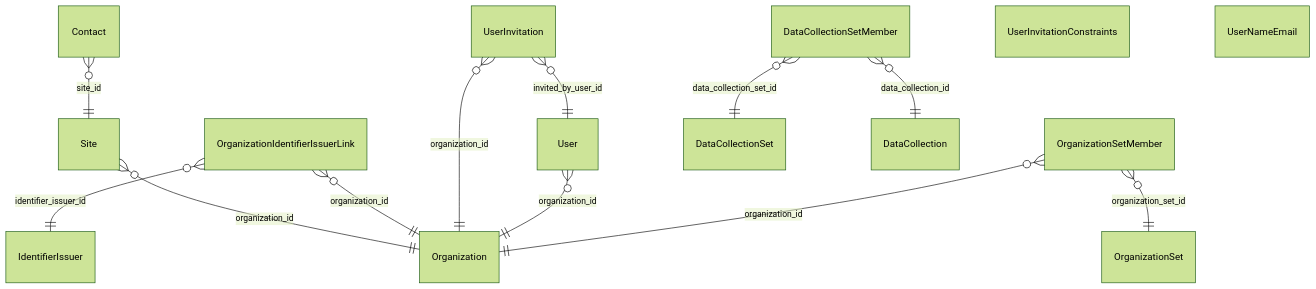
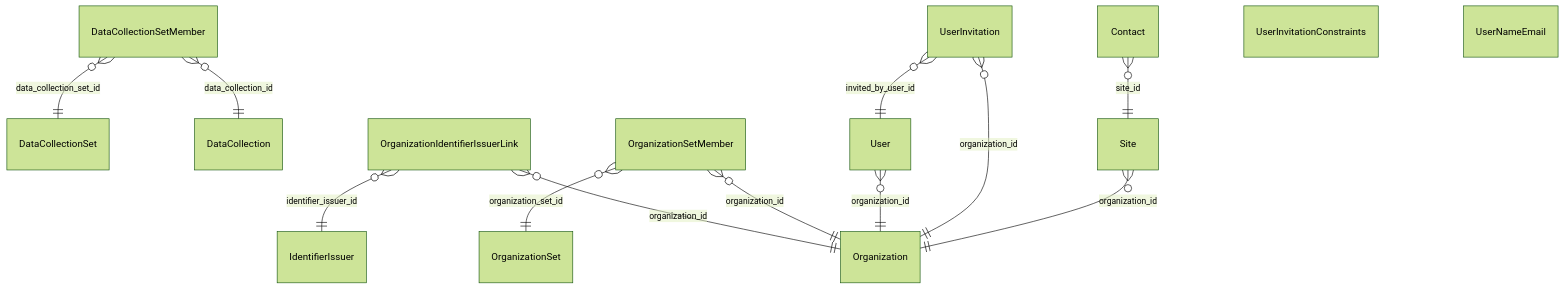
Before and after one commit to RIVM-bioinformatics/gen-epix-api: the diagram in docs/erm/casedb.organization.md, drawn with Mermaid (forest theme). The commit also changed other lines of this file and 58 other files, not shown here.

````diff
--- a/docs/erm/casedb.organization.md
+++ b/docs/erm/casedb.organization.md
@@ -5,24 +5,24 @@
 ```mermaid
 erDiagram
     %% casedb / ORGANIZATION (simplified)
 
     %% Relationships
-    Site }o--|| Organization : "organization_id"
-    Contact }o--|| Site : "site_id"
+    DataCollectionSetMember }o--|| DataCollectionSet : "data_collection_set_id"
+    DataCollectionSetMember }o--|| DataCollection : "data_collection_id"
     OrganizationIdentifierIssuerLink }o--|| Organization : "organization_id"
     OrganizationIdentifierIssuerLink }o--|| IdentifierIssuer : "identifier_issuer_id"
+    OrganizationSetMember }o--|| OrganizationSet : "organization_set_id"
+    OrganizationSetMember }o--|| Organization : "organization_id"
+    User }o--|| Organization : "organization_id"
     UserInvitation }o--|| Organization : "organization_id"
     UserInvitation }o--|| User : "invited_by_user_id"
-    User }o--|| Organization : "organization_id"
-    OrganizationSetMember }o--|| OrganizationSet : "organization_set_id"
-    OrganizationSetMember }o--|| Organization : "organization_id"
-    DataCollectionSetMember }o--|| DataCollectionSet : "data_collection_set_id"
-    DataCollectionSetMember }o--|| DataCollection : "data_collection_id"
+    Contact }o--|| Site : "site_id"
+    Site }o--|| Organization : "organization_id"
 
     UserInvitationConstraints {
     }
 
     UserNameEmail {
     }
 
 ```
````
